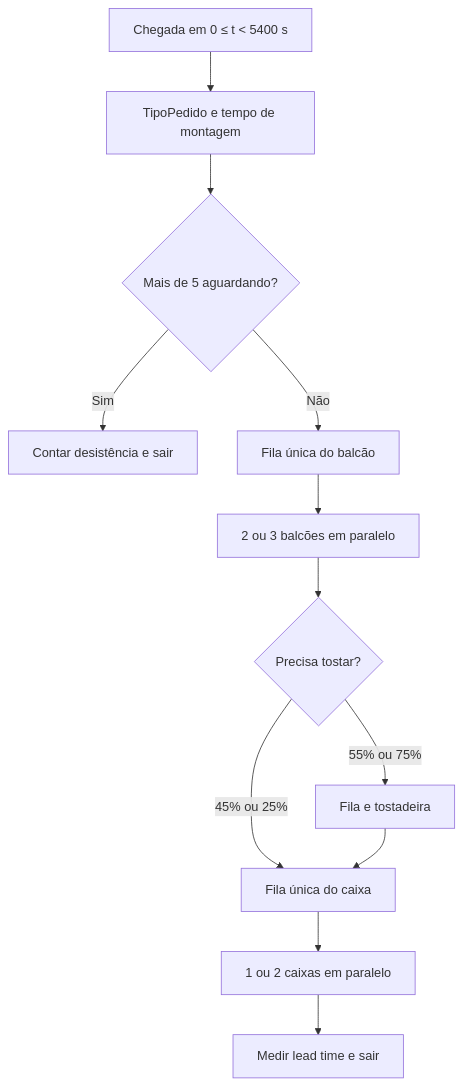
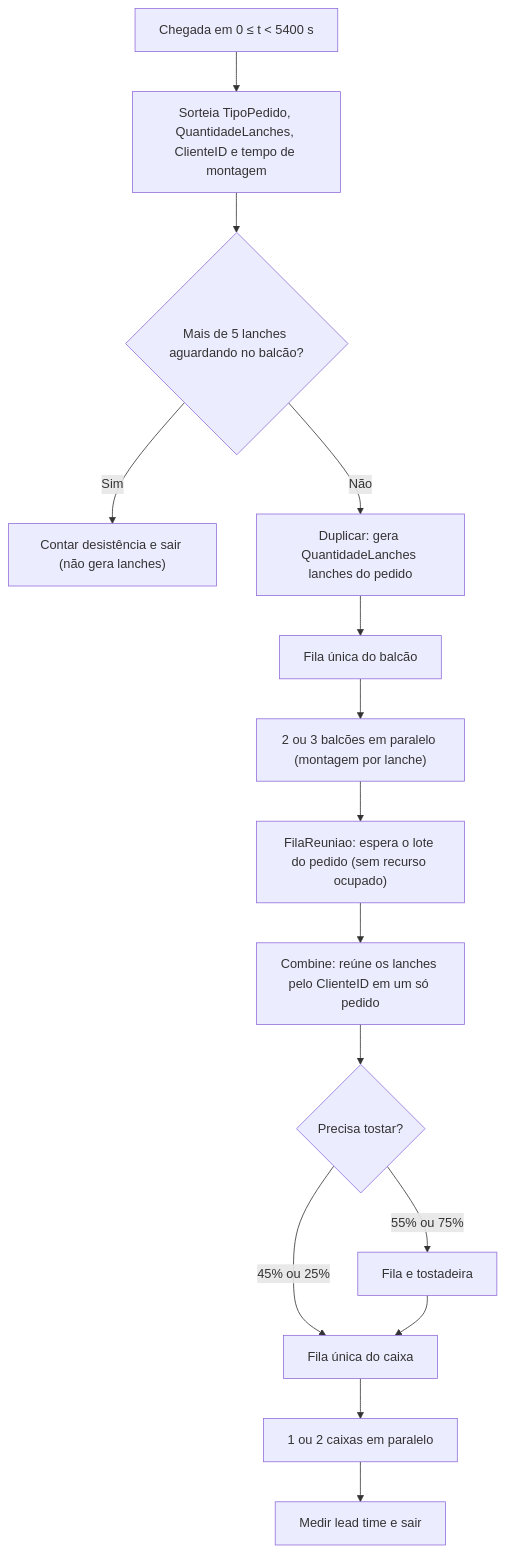
One commit to luisasbecker/tgb_simulacao_modelagem_de_sistemas changed the diagram in docs/MODELO_CONCEITUAL.md. Above: the diagram before and after it, drawn with Mermaid. The commit also changed other lines of this file and 70 other files, not shown here.

````diff
--- a/docs/MODELO_CONCEITUAL.md
+++ b/docs/MODELO_CONCEITUAL.md
@@ -7,14 +7,17 @@
 ```mermaid
 flowchart TD
-  A["Chegada em 0 ≤ t < 5400 s"] --> B["TipoPedido e tempo de montagem"]
-  B --> C{"Mais de 5 aguardando?"}
-  C -->|Sim| D["Contar desistência e sair"]
-  C -->|Não| E["Fila única do balcão"]
-  E --> F["2 ou 3 balcões em paralelo"]
-  F --> G{"Precisa tostar?"}
-  G -->|55% ou 75%| H["Fila e tostadeira"]
-  G -->|45% ou 25%| I["Fila única do caixa"]
-  H --> I
-  I --> J["1 ou 2 caixas em paralelo"]
-  J --> K["Medir lead time e sair"]
+  A["Chegada em 0 ≤ t < 5400 s"] --> B["Sorteia TipoPedido, QuantidadeLanches, ClienteID e tempo de montagem"]
+  B --> C{"Mais de 5 lanches aguardando no balcão?"}
+  C -->|Sim| D["Contar desistência e sair (não gera lanches)"]
+  C -->|Não| E["Duplicar: gera QuantidadeLanches lanches do pedido"]
+  E --> F["Fila única do balcão"]
+  F --> G["2 ou 3 balcões em paralelo (montagem por lanche)"]
+  G --> H["FilaReuniao: espera o lote do pedido (sem recurso ocupado)"]
+  H --> I["Combine: reúne os lanches pelo ClienteID em um só pedido"]
+  I --> J{"Precisa tostar?"}
+  J -->|55% ou 75%| K["Fila e tostadeira"]
+  J -->|45% ou 25%| L["Fila única do caixa"]
+  K --> L
+  L --> M["1 ou 2 caixas em paralelo"]
+  M --> N["Medir lead time e sair"]
 ```
````
